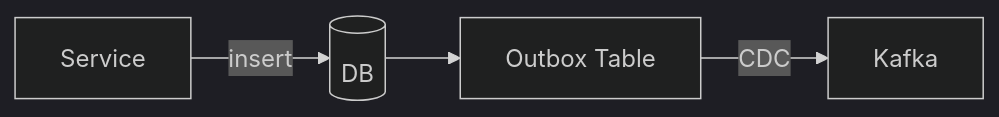
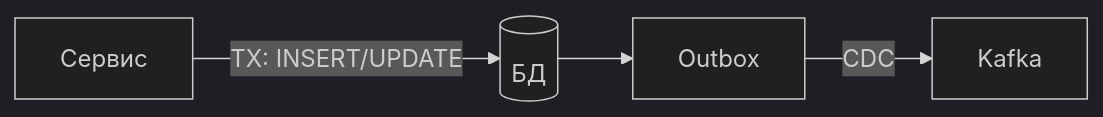
One commit to savinmikhail/advanced-system-design changed the fifth of 5 diagrams in 02_distributed-transactions/ DistributedTransactions/readme.md. Above: the diagram before and after it, drawn with Mermaid (dark theme). The commit also changed other lines of this file, not shown here.

````diff
--- a/02_distributed-transactions/ DistributedTransactions/readme.md
+++ b/02_distributed-transactions/ DistributedTransactions/readme.md
@@ -257,6 +349,6 @@
 ```mermaid
 graph LR
-A[Service] -->|insert| B[(DB)]
-B --> C[Outbox Table]
+A[Сервис] -->|TX: INSERT/UPDATE| B[(БД)]
+B --> C[Outbox]
 C -->|CDC| D[Kafka]
 ```
````
